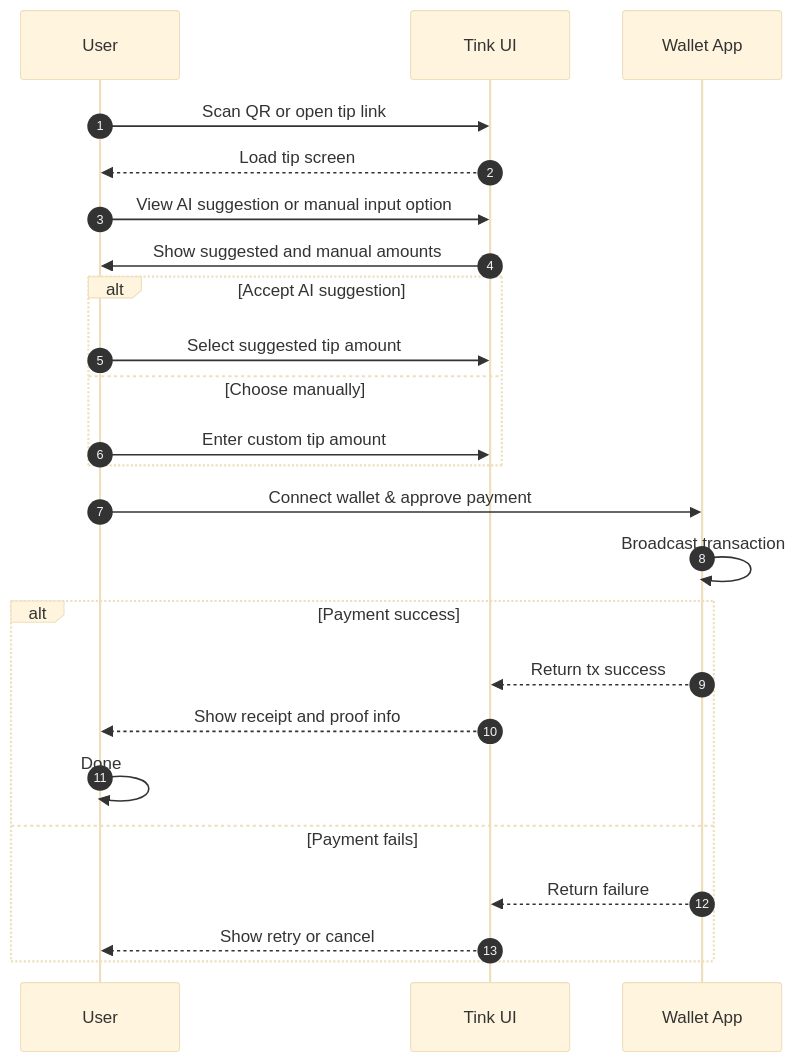
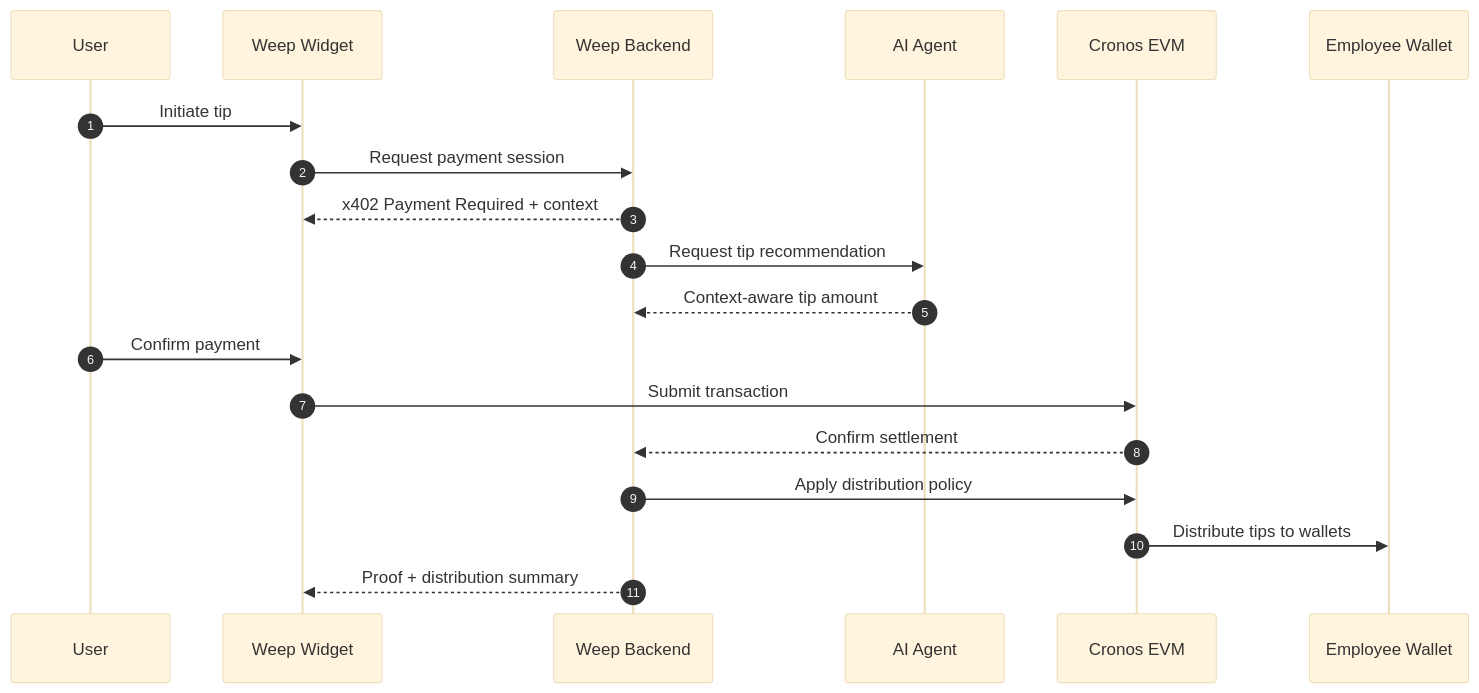
The third of 3 diagrams in README.md (okelo0121/Weep), drawn with Mermaid (base theme) before and after one commit. The commit also changed other lines of this file, not shown here.

````diff
--- a/README.md
+++ b/README.md
@@ -78,32 +142,26 @@
-``` mermaid
+```mermaid
 sequenceDiagram
     autonumber
+    participant User
+    participant Widget as Weep Widget
+    participant Backend as Weep Backend
+    participant Agent as AI Agent
+    participant Chain as Cronos EVM
+    participant Employee as Employee Wallet
 
-    participant User
-    participant FE as Tink UI
-    participant Wallet as Wallet App
+    User ->> Widget: Initiate tip
+    Widget ->> Backend: Request payment session
+    Backend -->> Widget: x402 Payment Required + context
 
-    User ->> FE: Scan QR or open tip link
-    FE -->> User: Load tip screen
+    Backend ->> Agent: Request tip recommendation
+    Agent -->> Backend: Context-aware tip amount
 
-    User ->> FE: View AI suggestion or manual input option
-    FE ->> User: Show suggested and manual amounts
+    User ->> Widget: Confirm payment
+    Widget ->> Chain: Submit transaction
+    Chain -->> Backend: Confirm settlement
 
-    alt Accept AI suggestion
-        User ->> FE: Select suggested tip amount
-    else Choose manually
-        User ->> FE: Enter custom tip amount
-    end
+    Backend ->> Chain: Apply distribution policy
+    Chain ->> Employee: Distribute tips to wallets
 
-    User ->> Wallet: Connect wallet & approve payment
-    Wallet ->> Wallet: Broadcast transaction
-
-    alt Payment success
-        Wallet -->> FE: Return tx success
-        FE -->> User: Show receipt and proof info
-        User ->> User: Done
-    else Payment fails
-        Wallet -->> FE: Return failure
-        FE -->> User: Show retry or cancel
-    end
+    Backend -->> Widget: Proof + distribution summary
 ```
````
